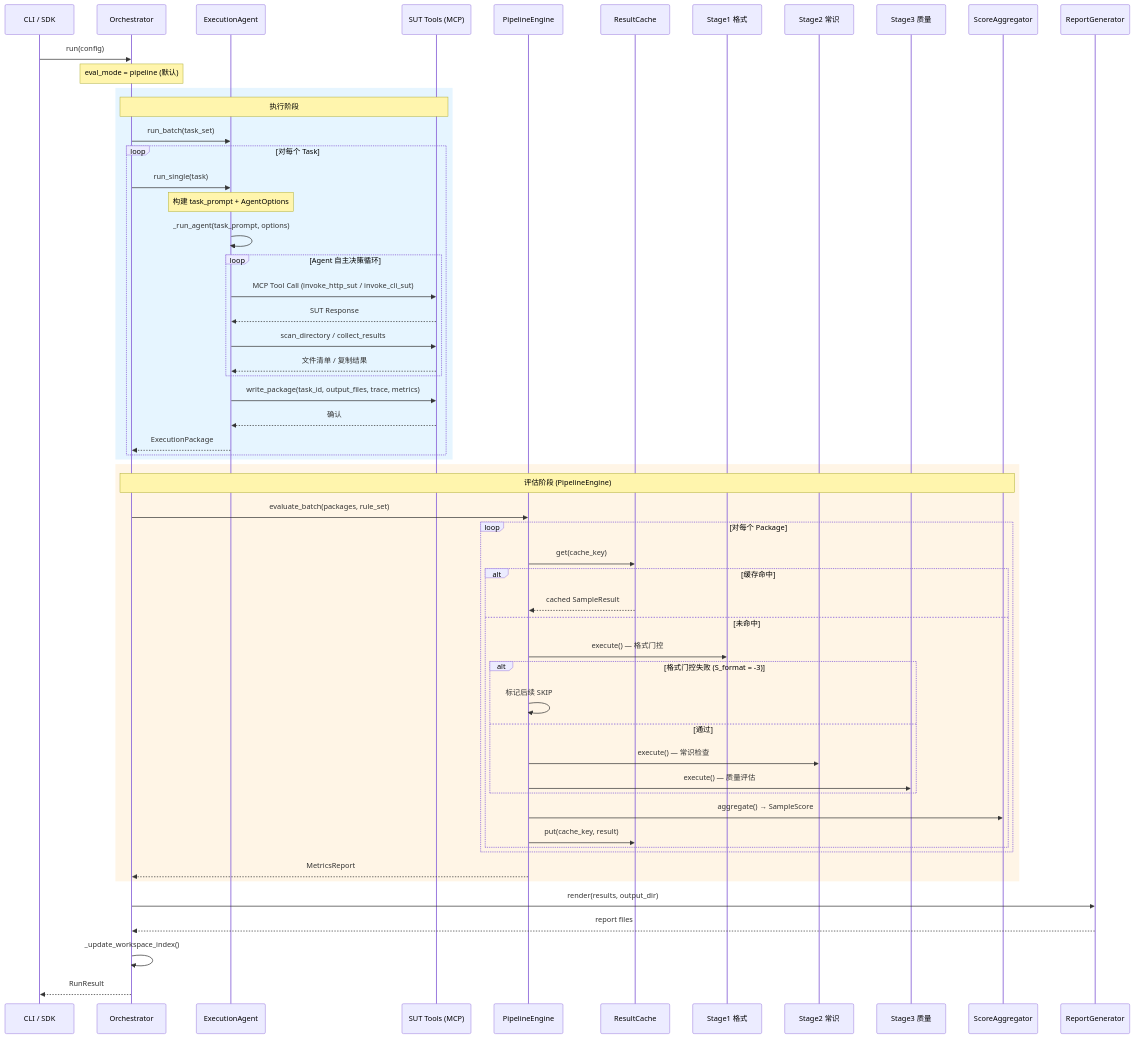
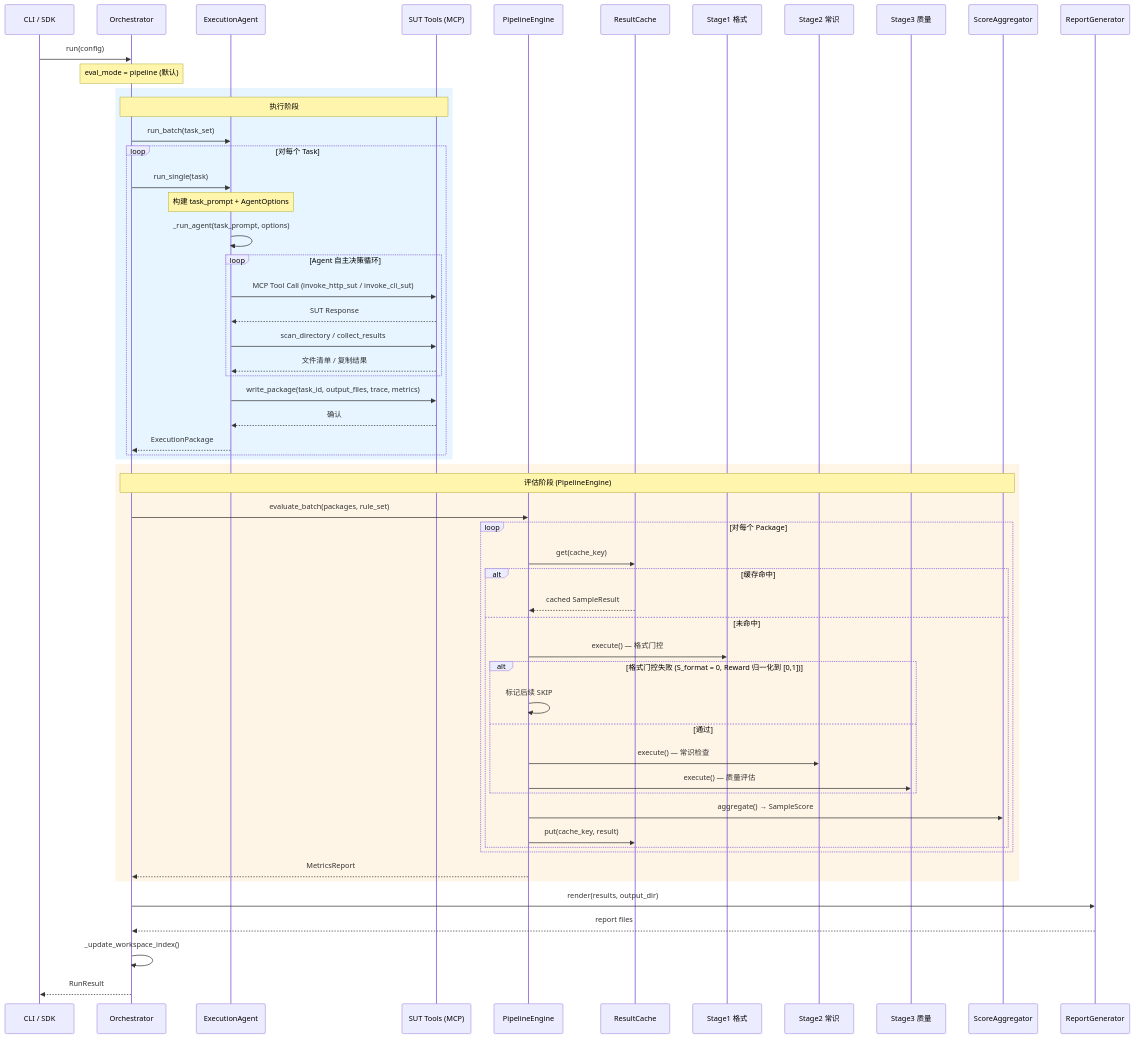
Before and after one commit to domonic18/ai-eval-scope: the first of 2 diagrams in docs/arch/02编排调度层设计.md, drawn with Mermaid. The commit also changed other lines of this file and 6 other files, not shown here.

````diff
--- a/docs/arch/02编排调度层设计.md
+++ b/docs/arch/02编排调度层设计.md
@@ -1131,69 +1131,69 @@
 ```mermaid
 sequenceDiagram
     participant CLI as CLI / SDK
     participant ORC as Orchestrator
     participant EA as ExecutionAgent
     participant SUT as SUT Tools (MCP)
     participant PE as PipelineEngine
     participant Cache as ResultCache
     participant S1 as Stage1 格式
     participant S2 as Stage2 常识
     participant S3 as Stage3 质量
     participant SA as ScoreAggregator
     participant RG as ReportGenerator
 
     CLI->>ORC: run(config)
     Note over ORC: eval_mode = pipeline (默认)
 
     rect rgb(230, 245, 255)
         Note over ORC,SUT: 执行阶段
         ORC->>EA: run_batch(task_set)
 
         loop 对每个 Task
             ORC->>EA: run_single(task)
             Note over EA: 构建 task_prompt + AgentOptions
             EA->>EA: _run_agent(task_prompt, options)
 
             loop Agent 自主决策循环
                 EA->>SUT: MCP Tool Call (invoke_http_sut / invoke_cli_sut)
                 SUT-->>EA: SUT Response
                 EA->>SUT: scan_directory / collect_results
                 SUT-->>EA: 文件清单 / 复制结果
             end
 
             EA->>SUT: write_package(task_id, output_files, trace, metrics)
             SUT-->>EA: 确认
 
             EA-->>ORC: ExecutionPackage
         end
     end
 
     rect rgb(255, 245, 230)
         Note over ORC,SA: 评估阶段 (PipelineEngine)
         ORC->>PE: evaluate_batch(packages, rule_set)
 
         loop 对每个 Package
             PE->>Cache: get(cache_key)
             alt 缓存命中
                 Cache-->>PE: cached SampleResult
             else 未命中
                 PE->>S1: execute() — 格式门控
-                alt 格式门控失败 (S_format = -3)
+                alt 格式门控失败 (S_format = 0, Reward 归一化到 [0,1])
                     PE->>PE: 标记后续 SKIP
                 else 通过
                     PE->>S2: execute() — 常识检查
                     PE->>S3: execute() — 质量评估
                 end
                 PE->>SA: aggregate() → SampleScore
                 PE->>Cache: put(cache_key, result)
             end
         end
 
         PE-->>ORC: MetricsReport
     end
 
     ORC->>RG: render(results, output_dir)
     RG-->>ORC: report files
     ORC->>ORC: _update_workspace_index()
     ORC-->>CLI: RunResult
 ```
````
